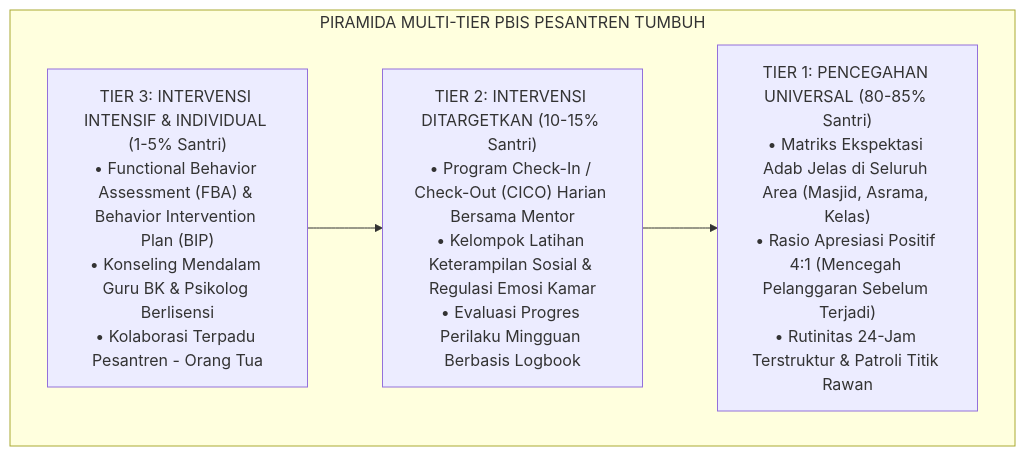
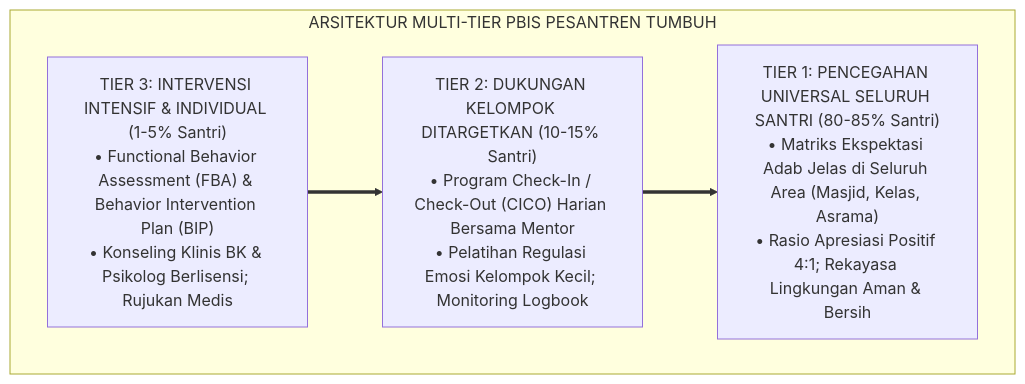
One commit to wandiapriliyandi/tumbuh changed the first of 9 diagrams in 02 Principles/01 Core Principles/P2-01-05-Prinsip-Sistemik-Multi-Tier-PBIS.md. Above: the diagram before and after it, drawn with Mermaid. The commit also changed other lines of this file and 9 other files, not shown here.

Commit message:
feat(principles): standarisasi 100% monograf terpadu Sub-Domain 01 Core Principles dan Piagam Konstitusi Nilai TUMBUH

````diff
--- a/02 Principles/01 Core Principles/P2-01-05-Prinsip-Sistemik-Multi-Tier-PBIS.md
+++ b/02 Principles/01 Core Principles/P2-01-05-Prinsip-Sistemik-Multi-Tier-PBIS.md
@@ -30,12 +61,13 @@
 ```mermaid
-graph TD
-    subgraph PiramidaPBISTerpadu["PIRAMIDA MULTI-TIER PBIS PESANTREN TUMBUH"]
-        T1["TIER 1: PENCEGAHAN UNIVERSAL (80-85% Santri)<br/>• Matriks Ekspektasi Adab Jelas di Seluruh Area (Masjid, Asrama, Kelas)<br/>• Rasio Apresiasi Positif 4:1 (Mencegah Pelanggaran Sebelum Terjadi)<br/>• Rutinitas 24-Jam Terstruktur & Patroli Titik Rawan"]
+flowchart TD
+    subgraph PiramidaMultiTierPBIS["ARSITEKTUR MULTI-TIER PBIS PESANTREN TUMBUH"]
+        T3["TIER 3: INTERVENSI INTENSIF & INDIVIDUAL (1-5% Santri)<br/>• Functional Behavior Assessment (FBA) & Behavior Intervention Plan (BIP)<br/>• Konseling Klinis BK & Psikolog Berlisensi; Rujukan Medis"]
         
-        T2["TIER 2: INTERVENSI DITARGETKAN (10-15% Santri)<br/>• Program Check-In / Check-Out (CICO) Harian Bersama Mentor<br/>• Kelompok Latihan Keterampilan Sosial & Regulasi Emosi Kamar<br/>• Evaluasi Progres Perilaku Mingguan Berbasis Logbook"]
+        T2["TIER 2: DUKUNGAN KELOMPOK DITARGETKAN (10-15% Santri)<br/>• Program Check-In / Check-Out (CICO) Harian Bersama Mentor<br/>• Pelatihan Regulasi Emosi Kelompok Kecil; Monitoring Logbook"]
         
-        T3["TIER 3: INTERVENSI INTENSIF & INDIVIDUAL (1-5% Santri)<br/>• Functional Behavior Assessment (FBA) & Behavior Intervention Plan (BIP)<br/>• Konseling Mendalam Guru BK & Psikolog Berlisensi<br/>• Kolaborasi Terpadu Pesantren - Orang Tua"]
+        T1["TIER 1: PENCEGAHAN UNIVERSAL SELURUH SANTRI (80-85% Santri)<br/>• Matriks Ekspektasi Adab Jelas di Seluruh Area (Masjid, Kelas, Asrama)<br/>• Rasio Apresiasi Positif 4:1; Rekayasa Lingkungan Aman & Bersih"]
         
-        T3 --> T2 --> T1
+        T3 ==> T2
+        T2 ==> T1
     end
 ```
````
